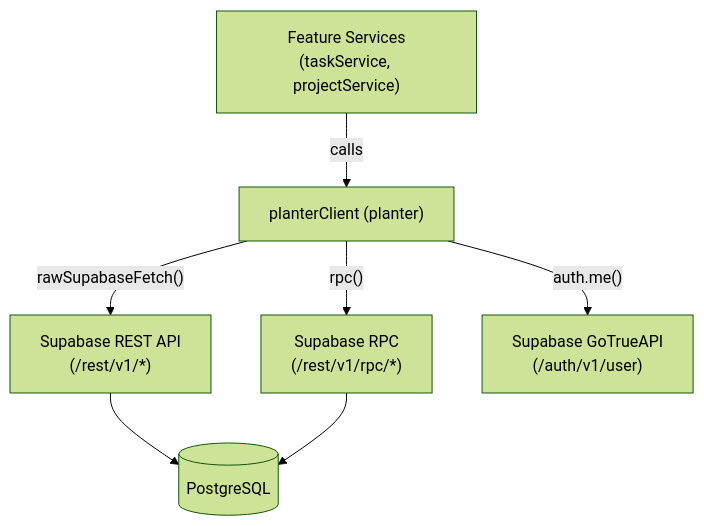
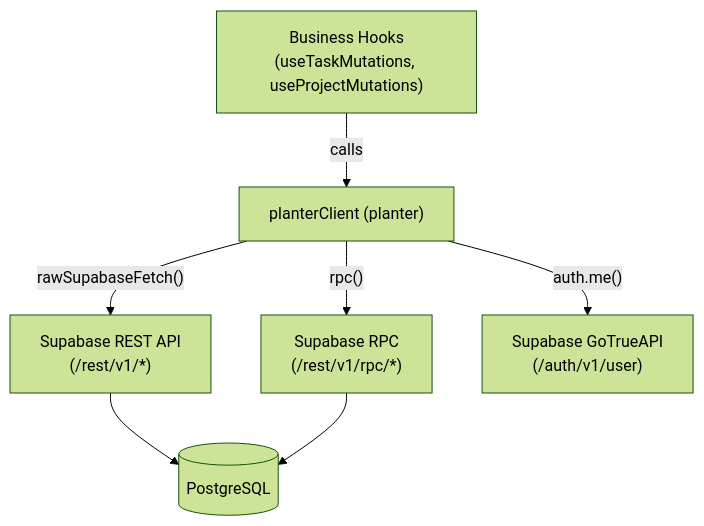
One commit to JoelA510/PlanterPlan-Alpha changed the fourth of 8 diagrams in .ai-ignore/docs/FULL_ARCHITECTURE.md. Above: the diagram before and after it, drawn with Mermaid (forest theme). The commit also changed other lines of this file and 5 other files, not shown here.

Commit message:
docs: finalize Wave 15 recap and comprehensive architecture updates

````diff
--- a/.ai-ignore/docs/FULL_ARCHITECTURE.md
+++ b/.ai-ignore/docs/FULL_ARCHITECTURE.md
@@ -287,11 +288,11 @@
 ```mermaid
 graph TD
-    Service["Feature Services<br/>(taskService, projectService)"] -->|calls| PC["planterClient (planter)"]
+    Hooks["Business Hooks<br/>(useTaskMutations, useProjectMutations)"] -->|calls| PC["planterClient (planter)"]
 
     PC -->|"rawSupabaseFetch()"| REST["Supabase REST API<br/>(/rest/v1/*)"]
     PC -->|"rpc()"| RPC["Supabase RPC<br/>(/rest/v1/rpc/*)"]
     PC -->|"auth.me()"| Auth["Supabase GoTrueAPI<br/>(/auth/v1/user)"]
 
     REST --> PG[(PostgreSQL)]
     RPC --> PG
 ```
````
